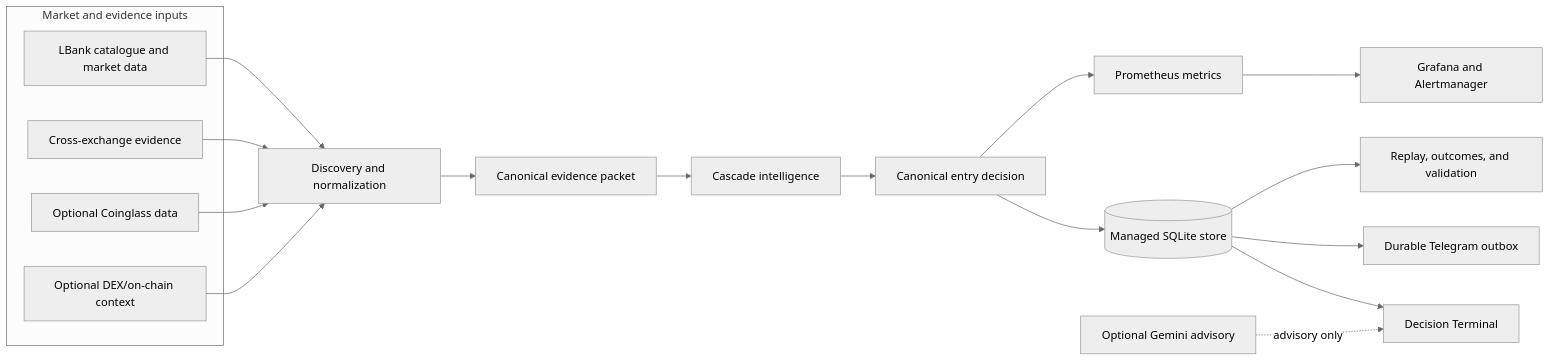
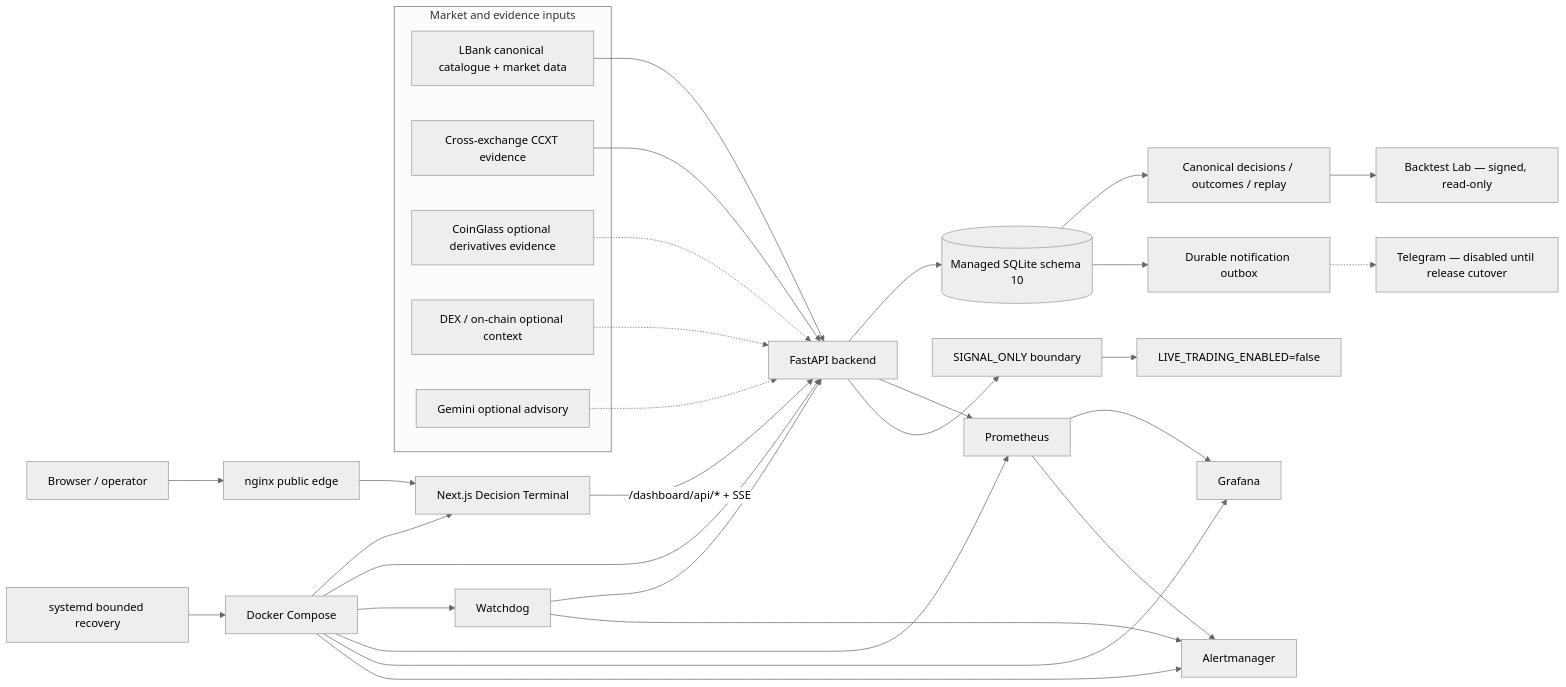
Before and after one commit to cavack/WFH-ORG: the diagram in README.md, drawn with Mermaid (neutral theme). The commit also changed other lines of this file and 4 other files, not shown here.

````diff
--- a/README.md
+++ b/README.md
@@ -112,24 +131,43 @@
 ```mermaid
 flowchart LR
-    subgraph Evidence[Market and evidence inputs]
-        L[LBank catalogue and market data]
-        X[Cross-exchange evidence]
-        C[Optional Coinglass data]
-        D[Optional DEX/on-chain context]
+    O["Browser / operator"] --> N["nginx public edge"]
+    N --> F["Next.js Decision Terminal"]
+    F -->|"/dashboard/api/* + SSE"| B["FastAPI backend"]
+
+    subgraph EVIDENCE["Market and evidence inputs"]
+        L["LBank canonical catalogue + market data"]
+        X["Cross-exchange CCXT evidence"]
+        C["CoinGlass optional derivatives evidence"]
+        D["DEX / on-chain optional context"]
+        G["Gemini optional advisory"]
     end
 
-    L --> N[Discovery and normalization]
-    X --> N
-    C --> N
-    D --> N
-    N --> P[Canonical evidence packet]
-    P --> W[Cascade intelligence]
-    W --> E[Canonical entry decision]
-    E --> S[(Managed SQLite store)]
-    S --> U[Decision Terminal]
-    S --> T[Durable Telegram outbox]
-    S --> R[Replay, outcomes, and validation]
-    E --> M[Prometheus metrics]
-    M --> G[Grafana and Alertmanager]
-    A[Optional Gemini advisory] -. advisory only .-> U
+    L --> B
+    X --> B
+    C -.-> B
+    D -.-> B
+    G -.-> B
+
+    B --> S[("Managed SQLite schema 10")]
+    S --> H["Canonical decisions / outcomes / replay"]
+    H --> R["Backtest Lab — signed, read-only"]
+    S --> Q["Durable notification outbox"]
+    Q -.-> T["Telegram — disabled until release cutover"]
+
+    B --> P["Prometheus"]
+    P --> GR["Grafana"]
+    P --> A["Alertmanager"]
+    W["Watchdog"] --> B
+    W --> A
+
+    SD["systemd bounded recovery"] --> DC["Docker Compose"]
+    DC --> F
+    DC --> B
+    DC --> W
+    DC --> P
+    DC --> GR
+    DC --> A
+
+    B --> SAFE["SIGNAL_ONLY boundary"]
+    SAFE --> LT["LIVE_TRADING_ENABLED=false"]
 ```
````
